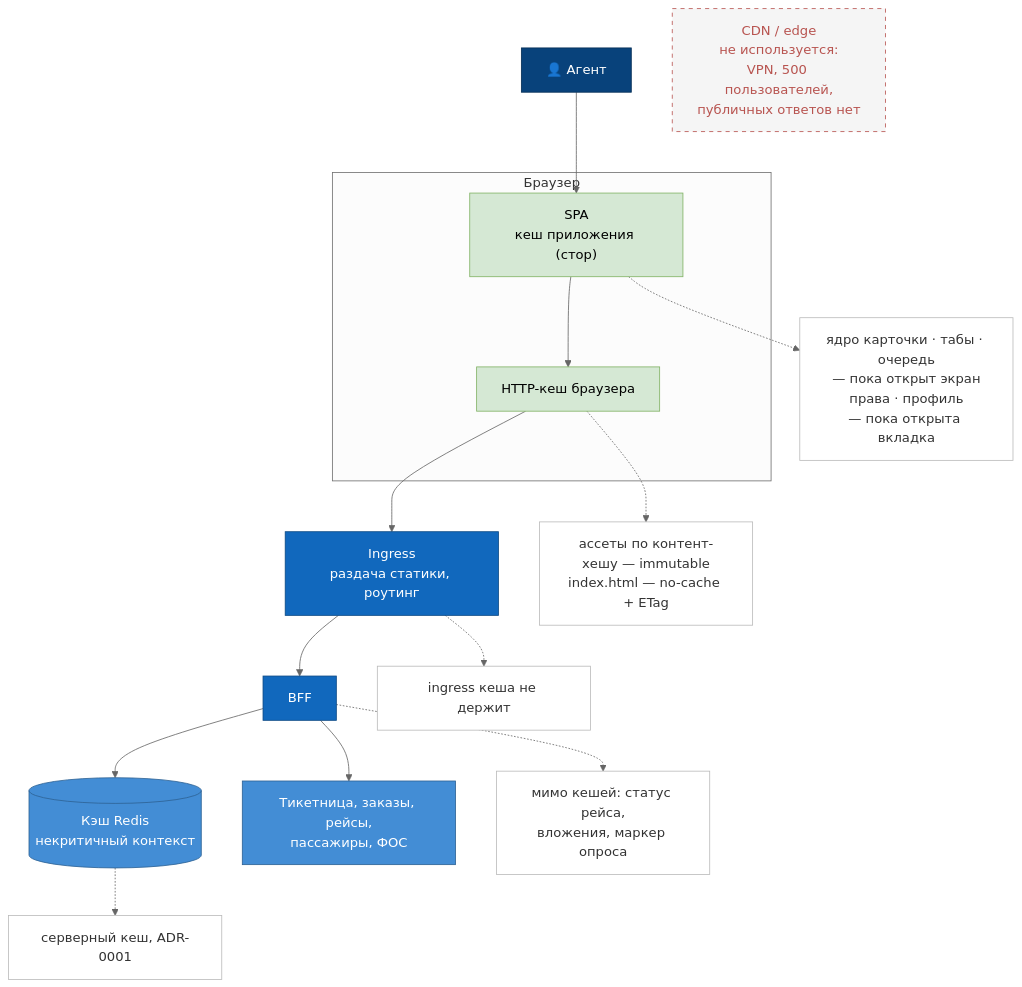
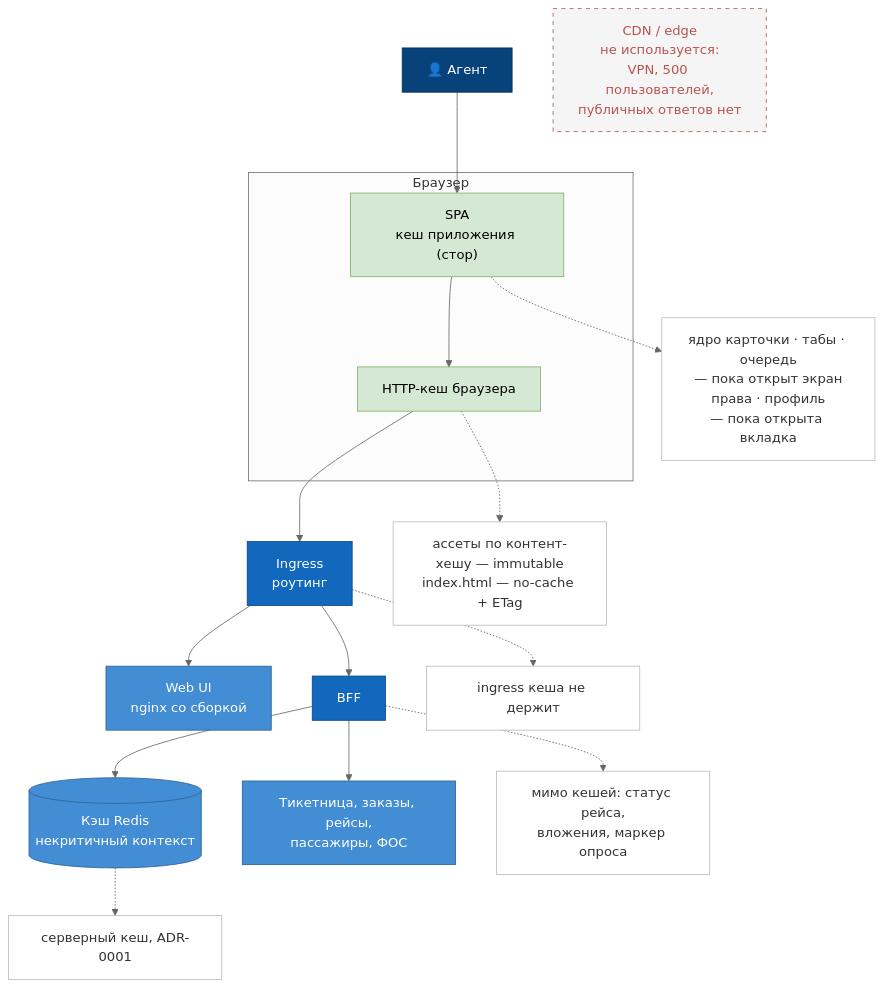
The first of 2 diagrams in docs/views/cache-map.md (lionlimon/otus_lessons), drawn with Mermaid (neutral theme) before and after one commit. The commit also changed 15 other files, not shown here.

````diff
--- a/docs/views/cache-map.md
+++ b/docs/views/cache-map.md
@@ -9,38 +9,39 @@
 ```mermaid
 graph TB
     A["👤 Агент"]
 
     subgraph BR["Браузер"]
         S["SPA<br/>кеш приложения (стор)"]
         H["HTTP-кеш браузера"]
     end
 
     A --> S
     S --> H
-    H --> I["Ingress<br/>раздача статики, роутинг"]
+    H --> I["Ingress<br/>роутинг"]
+    I --> W["Web UI<br/>nginx со сборкой"]
     I --> F["BFF"]
     F --> C[("Кэш Redis<br/>некритичный контекст")]
     F --> SRC["Тикетница, заказы, рейсы,<br/>пассажиры, ФОС"]
 
     S -.-> S1["ядро карточки · табы · очередь<br/>— пока открыт экран<br/>права · профиль<br/>— пока открыта вкладка"]
     H -.-> H1["ассеты по контент-хешу — immutable<br/>index.html — no-cache + ETag"]
     I -.-> I1["ingress кеша не держит"]
     C -.-> C1["серверный кеш, ADR-0001"]
     F -.-> F1["мимо кешей: статус рейса,<br/>вложения, маркер опроса"]
 
     E["CDN / edge<br/>не используется:<br/>VPN, 500 пользователей,<br/>публичных ответов нет"]
 
     classDef client fill:#08427b,stroke:#052e56,color:#ffffff;
     classDef store fill:#d5e8d4,stroke:#82b366,color:#000000;
     classDef entry fill:#1168bd,stroke:#0b4884,color:#ffffff;
     classDef svc fill:#438dd5,stroke:#2e6295,color:#ffffff;
     classDef note fill:#ffffff,stroke:#bbbbbb,color:#333333;
     classDef absent fill:#f5f5f5,stroke:#b85450,color:#b85450,stroke-dasharray:5 5;
 
     class A client
     class S,H store
     class I,F entry
-    class C,SRC svc
+    class C,SRC,W svc
     class S1,H1,I1,C1,F1 note
     class E absent
 ```
````
